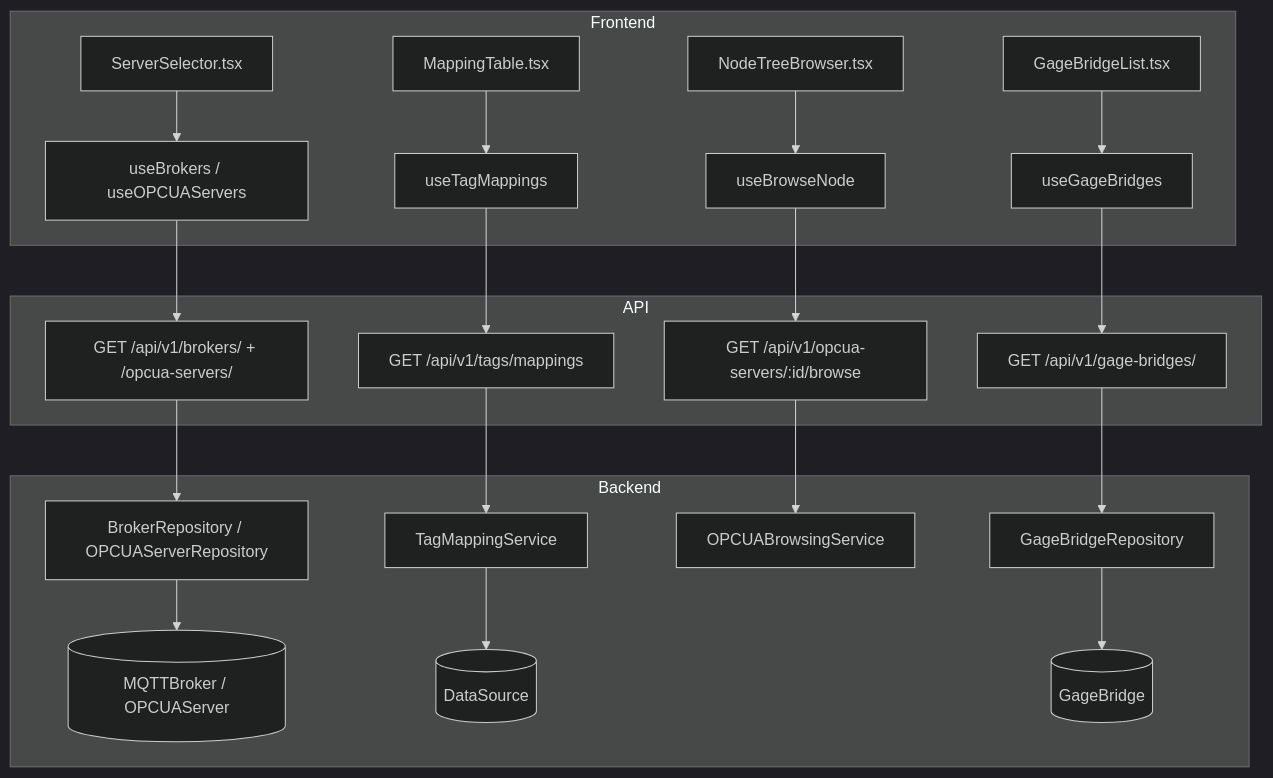
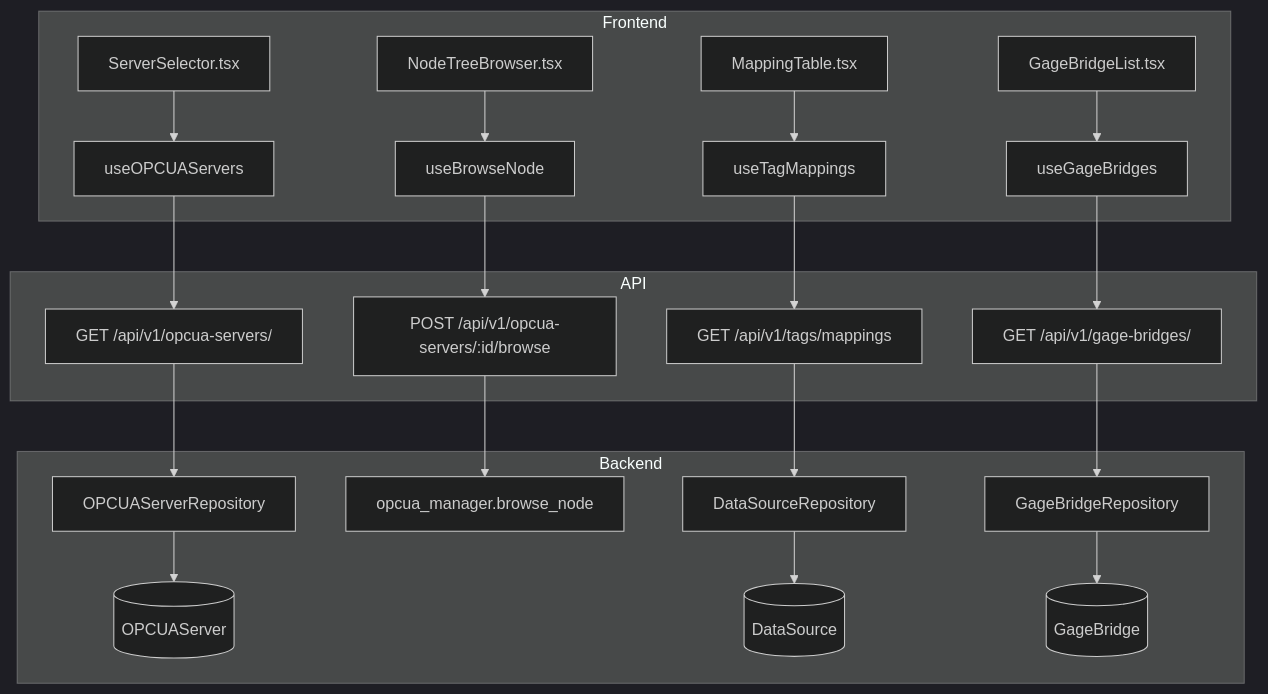
One commit to saturnis-io/cassini changed the first of 2 diagrams in .knowledge/features/connectivity.md. Above: the diagram before and after it, drawn with Mermaid (dark theme). The commit also changed other lines of this file and 15 other files, not shown here.

Commit message:
knowledge-graph: regenerate

````diff
--- a/.knowledge/features/connectivity.md
+++ b/.knowledge/features/connectivity.md
@@ -5,24 +5,24 @@
 ```mermaid
 flowchart TD
     subgraph Frontend
-        C1[ServerSelector.tsx] --> H1[useBrokers / useOPCUAServers]
-        C2[MappingTable.tsx] --> H2[useTagMappings]
-        C3[NodeTreeBrowser.tsx] --> H3[useBrowseNode]
+        C1[ServerSelector.tsx] --> H1[useOPCUAServers]
+        C2[NodeTreeBrowser.tsx] --> H2[useBrowseNode]
+        C3[MappingTable.tsx] --> H3[useTagMappings]
         C4[GageBridgeList.tsx] --> H4[useGageBridges]
     end
     subgraph API
-        H1 --> E1[GET /api/v1/brokers/ + /opcua-servers/]
-        H2 --> E2[GET /api/v1/tags/mappings]
-        H3 --> E3[GET /api/v1/opcua-servers/:id/browse]
+        H1 --> E1[GET /api/v1/opcua-servers/]
+        H2 --> E2[POST /api/v1/opcua-servers/:id/browse]
+        H3 --> E3[GET /api/v1/tags/mappings]
         H4 --> E4[GET /api/v1/gage-bridges/]
     end
     subgraph Backend
-        E1 --> R1[BrokerRepository / OPCUAServerRepository]
-        R1 --> M1[(MQTTBroker / OPCUAServer)]
-        E2 --> S1[TagMappingService]
-        S1 --> M2[(DataSource)]
-        E3 --> S2[OPCUABrowsingService]
-        E4 --> R2[GageBridgeRepository]
-        R2 --> M3[(GageBridge)]
+        E1 --> R1[OPCUAServerRepository]
+        R1 --> M1[(OPCUAServer)]
+        E2 --> S1[opcua_manager.browse_node]
+        E3 --> R2[DataSourceRepository]
+        R2 --> M2[(DataSource)]
+        E4 --> R3[GageBridgeRepository]
+        R3 --> M3[(GageBridge)]
     end
 ```
````
